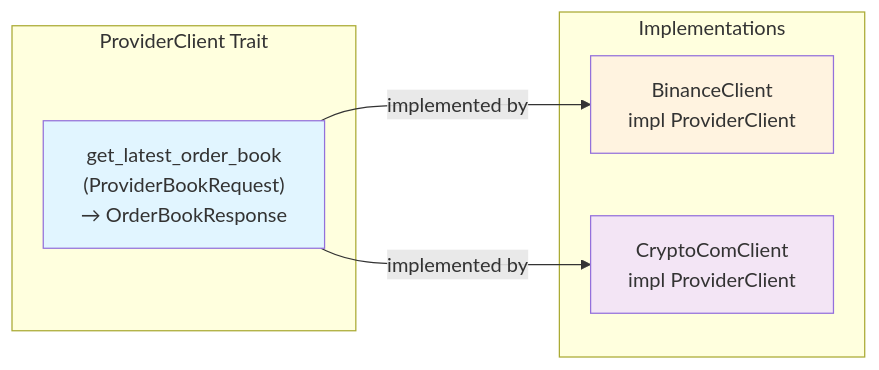
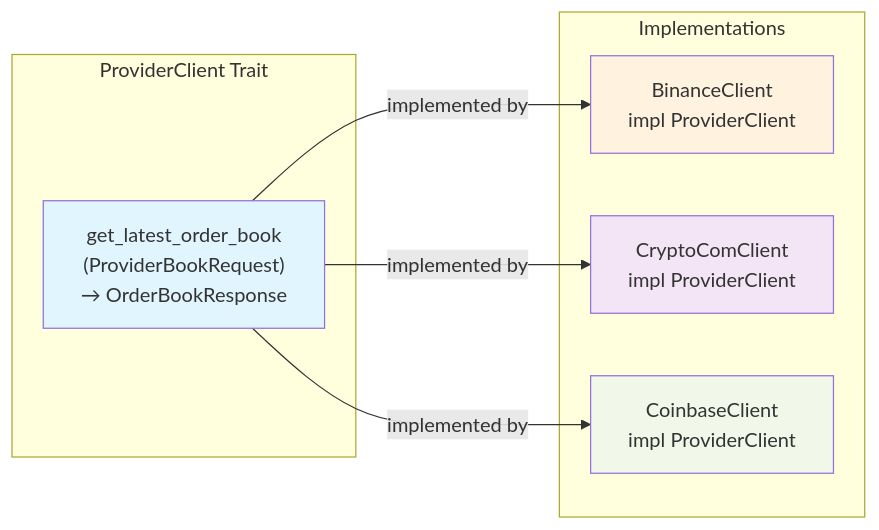
One commit to tejasvi-mehra/crypto-market-connector changed the second of 4 diagrams in README.md. Above: the diagram before and after it, drawn with Mermaid. The commit also changed other lines of this file and 1 other file, not shown here.

````diff
--- a/README.md
+++ b/README.md
@@ -64,18 +70,21 @@
 ```mermaid
 graph LR
     subgraph "ProviderClient Trait"
         Trait["get_latest_order_book<br/>(ProviderBookRequest)<br/>→ OrderBookResponse"]
     end
     
     subgraph "Implementations"
         Binance["BinanceClient<br/>impl ProviderClient"]
         CryptoCom["CryptoComClient<br/>impl ProviderClient"]
+        Coinbase["CoinbaseClient<br/>impl ProviderClient"]
     end
     
     Trait -->|implemented by| Binance
     Trait -->|implemented by| CryptoCom
+    Trait -->|implemented by| Coinbase
     
     style Trait fill:#e1f5ff
     style Binance fill:#fff3e0
     style CryptoCom fill:#f3e5f5
+    style Coinbase fill:#f1f8e9
 ```
````
